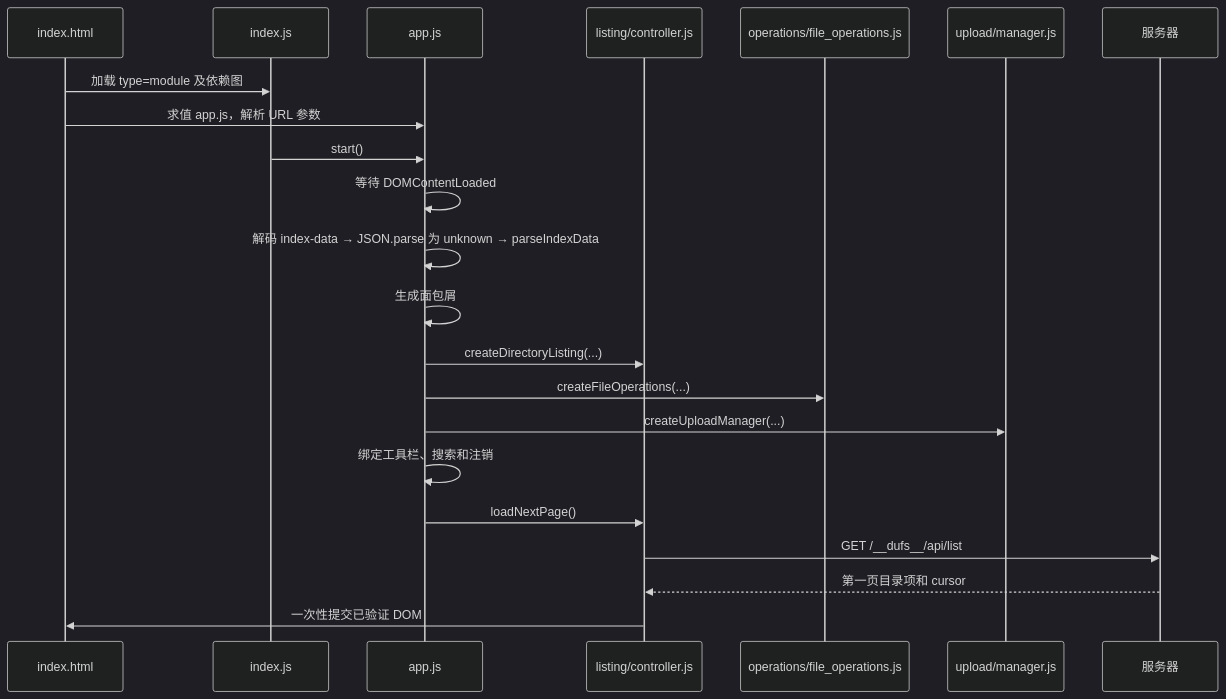
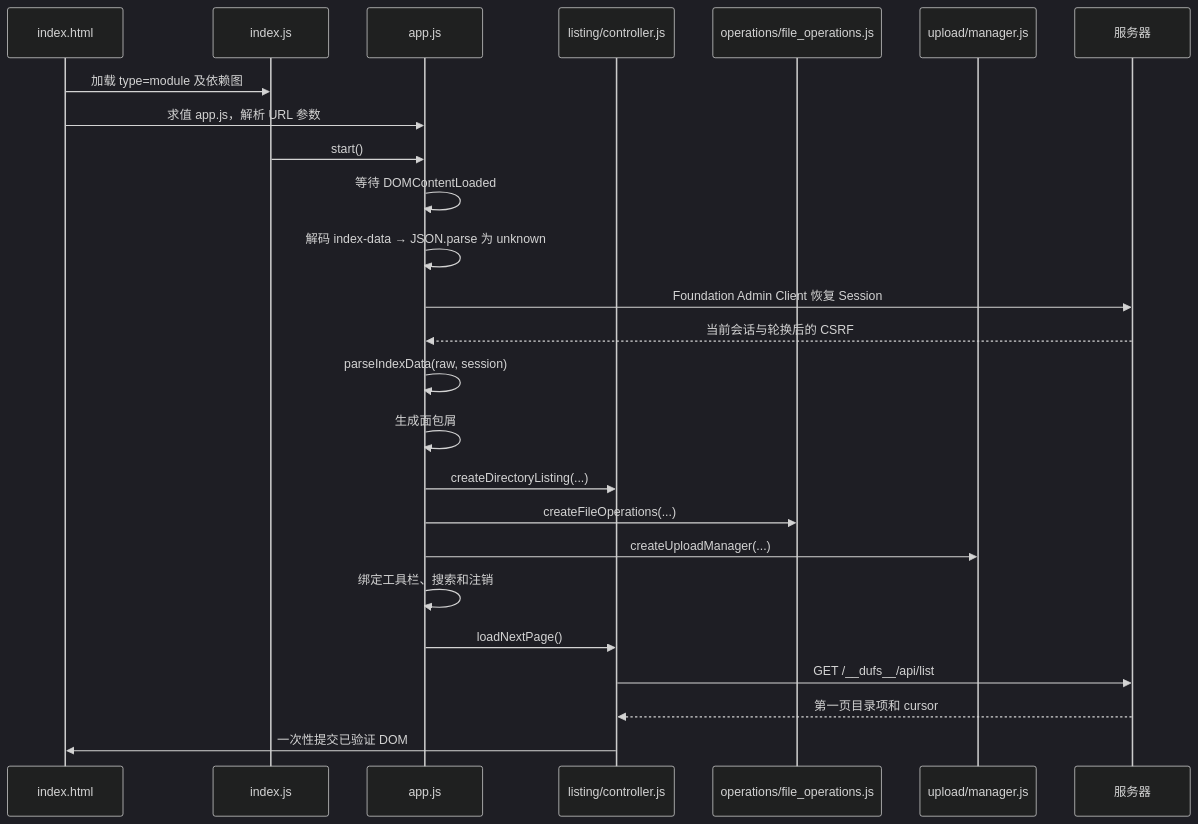
One commit to isarmg/dufs-ram changed the second of 6 diagrams in docs/beginner-guide/06-frontend-guide.md. Above: the diagram before and after it, drawn with Mermaid (dark theme). The commit also changed other lines of this file and 88 other files, not shown here.

````diff
--- a/docs/beginner-guide/06-frontend-guide.md
+++ b/docs/beginner-guide/06-frontend-guide.md
@@ -178,24 +166,27 @@
 ```mermaid
 sequenceDiagram
     participant H as index.html
     participant E as index.js
     participant A as app.js
     participant L as listing/controller.js
     participant O as operations/file_operations.js
     participant U as upload/manager.js
     participant S as 服务器
     H->>E: 加载 type=module 及依赖图
     H->>A: 求值 app.js，解析 URL 参数
     E->>A: start()
     A->>A: 等待 DOMContentLoaded
-    A->>A: 解码 index-data → JSON.parse 为 unknown → parseIndexData
+    A->>A: 解码 index-data → JSON.parse 为 unknown
+    A->>S: Foundation Admin Client 恢复 Session
+    S-->>A: 当前会话与轮换后的 CSRF
+    A->>A: parseIndexData(raw, session)
     A->>A: 生成面包屑
     A->>L: createDirectoryListing(...)
     A->>O: createFileOperations(...)
     A->>U: createUploadManager(...)
     A->>A: 绑定工具栏、搜索和注销
     A->>L: loadNextPage()
     L->>S: GET /__dufs__/api/list
     S-->>L: 第一页目录项和 cursor
     L->>H: 一次性提交已验证 DOM
 ```
````
